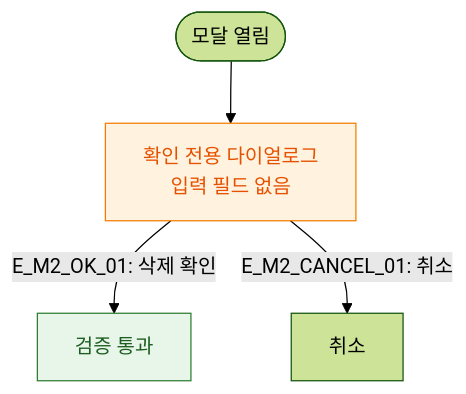
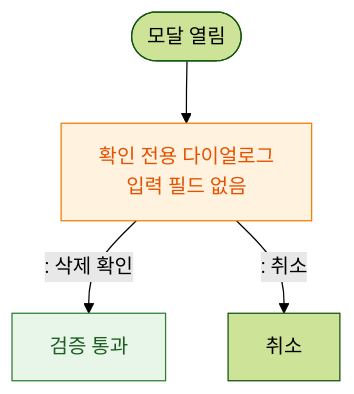
One commit to dev-spogym/admin-pando changed the diagram in docs/다이어그램/D06_시설관리/DLG/DLG-053-002_룸삭제확인/M2_필드검증.md. Above: the diagram before and after it, drawn with Mermaid (forest theme). The commit also changed other lines of this file and 1660 other files, not shown here.

First line of the commit message:
다이어그램: 기획자/클라이언트 납품본으로 정리

````diff
--- a/docs/다이어그램/D06_시설관리/DLG/DLG-053-002_룸삭제확인/M2_필드검증.md
+++ b/docs/다이어그램/D06_시설관리/DLG/DLG-053-002_룸삭제확인/M2_필드검증.md
@@ -16,11 +14,11 @@
 ```mermaid
 flowchart TD
     OPEN([모달 열림]) --> Confirm[확인 전용 다이얼로그\n입력 필드 없음]
-    Confirm -->|"E_M2_OK_01: 삭제 확인"| PASS[검증 통과]
-    Confirm -->|"E_M2_CANCEL_01: 취소"| CANCEL[취소]
+    Confirm -->|": 삭제 확인"|PASS[검증 통과]
+    Confirm -->|": 취소"|CANCEL[취소]
 
     classDef modal fill:#FFF3E0,stroke:#F57C00,color:#E65100
     classDef success fill:#E8F5E9,stroke:#2E7D32,color:#1B5E20
     class Confirm modal
     class PASS success
 ```
````
